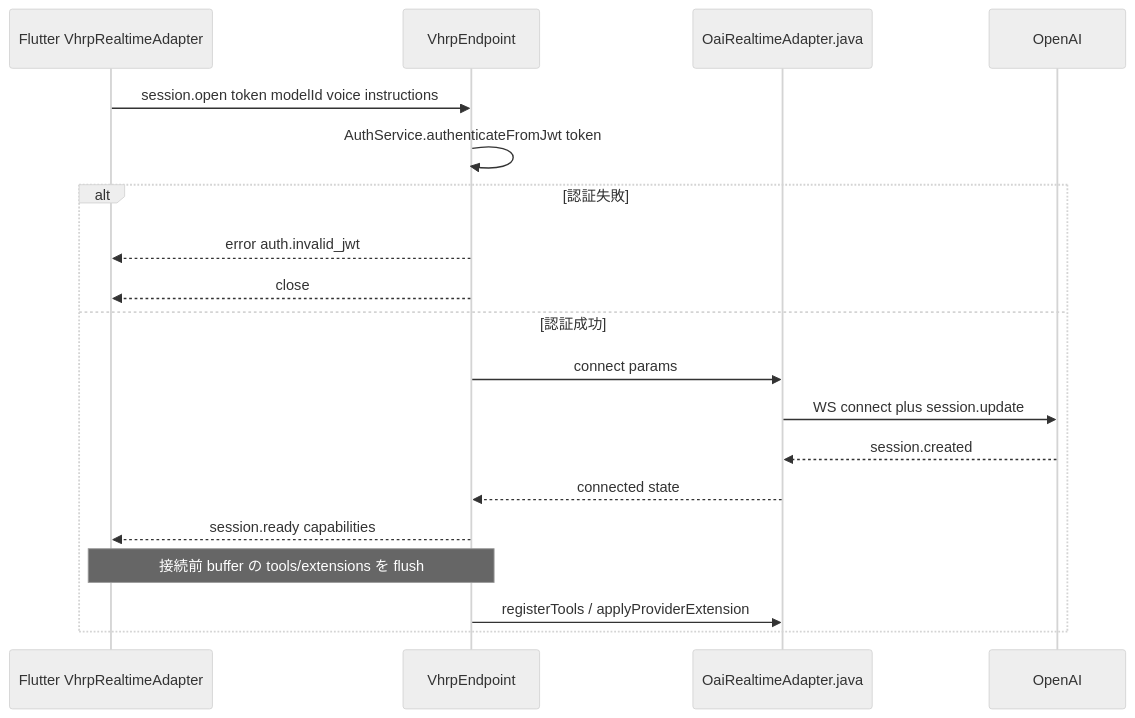
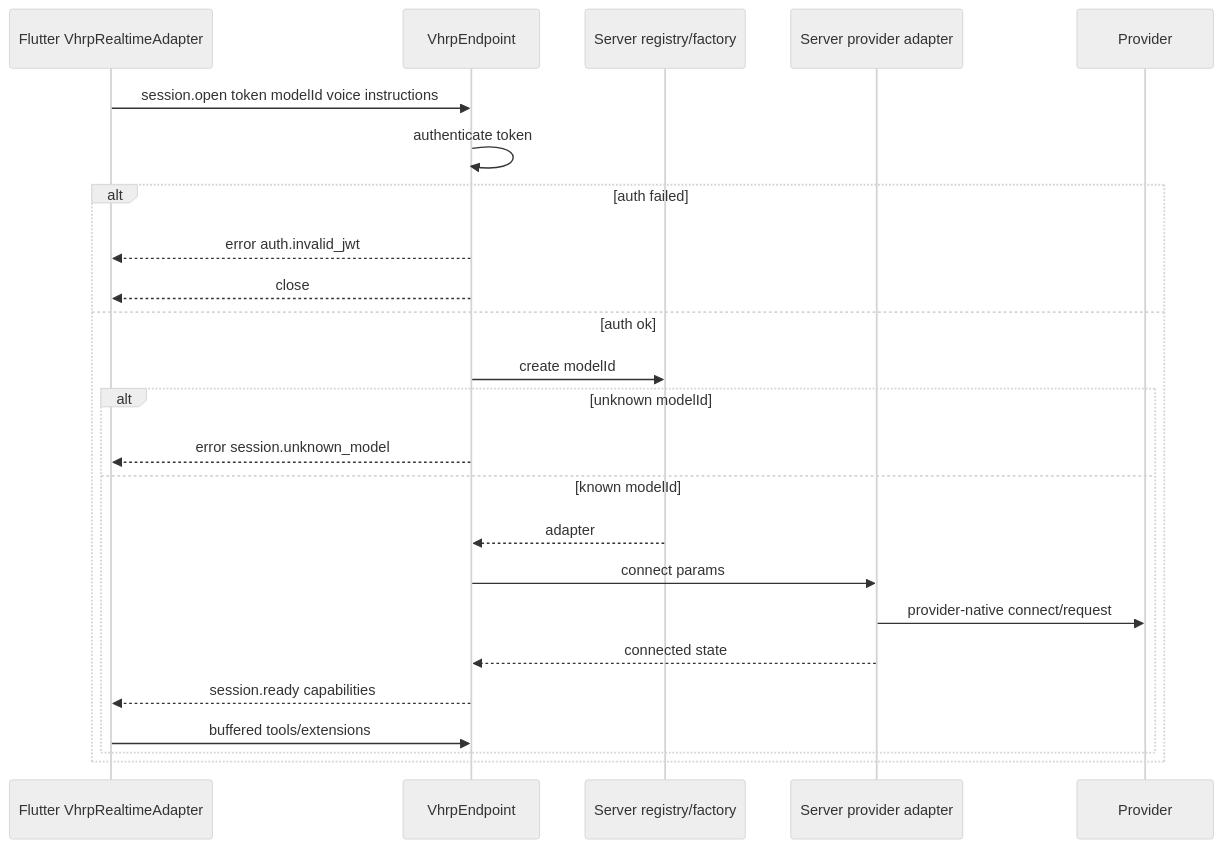
The second of 2 diagrams in docs/hosted_realtime/03_quarkus_backend_spec.md (yuki-js/vagina), drawn with Mermaid (neutral theme) before and after one commit. The commit also changed other lines of this file and 41 other files, not shown here.

````diff
--- a/docs/hosted_realtime/03_quarkus_backend_spec.md
+++ b/docs/hosted_realtime/03_quarkus_backend_spec.md
@@ -290,22 +114,27 @@
 ```mermaid
 sequenceDiagram
     participant C as Flutter VhrpRealtimeAdapter
     participant E as VhrpEndpoint
-    participant A as OaiRealtimeAdapter.java
-    participant O as OpenAI
+    participant R as Server registry/factory
+    participant A as Server provider adapter
+    participant P as Provider
 
     C->>E: session.open token modelId voice instructions
-    E->>E: AuthService.authenticateFromJwt token
-    alt 認証失敗
+    E->>E: authenticate token
+    alt auth failed
         E-->>C: error auth.invalid_jwt
         E-->>C: close
-    else 認証成功
-        E->>A: connect params
-        A->>O: WS connect plus session.update
-        O-->>A: session.created
-        A-->>E: connected state
-        E-->>C: session.ready capabilities
-        Note over E,C: 接続前 buffer の tools/extensions を flush
-        E->>A: registerTools / applyProviderExtension
+    else auth ok
+        E->>R: create modelId
+        alt unknown modelId
+            E-->>C: error session.unknown_model
+        else known modelId
+            R-->>E: adapter
+            E->>A: connect params
+            A->>P: provider-native connect/request
+            A-->>E: connected state
+            E-->>C: session.ready capabilities
+            C->>E: buffered tools/extensions
+        end
     end
 ```
````
